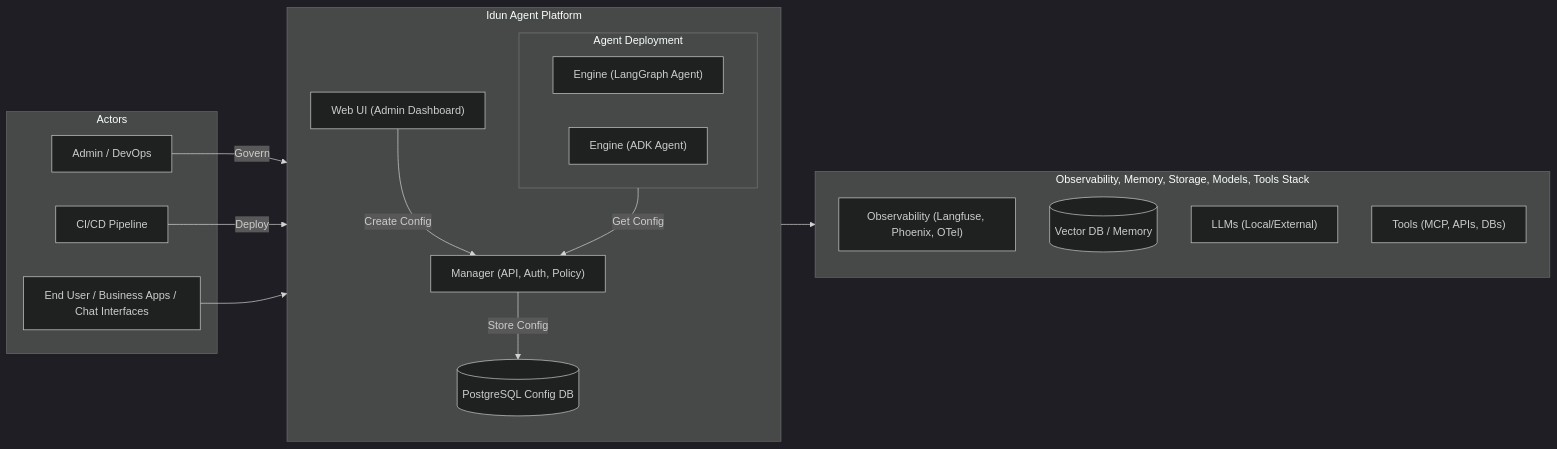
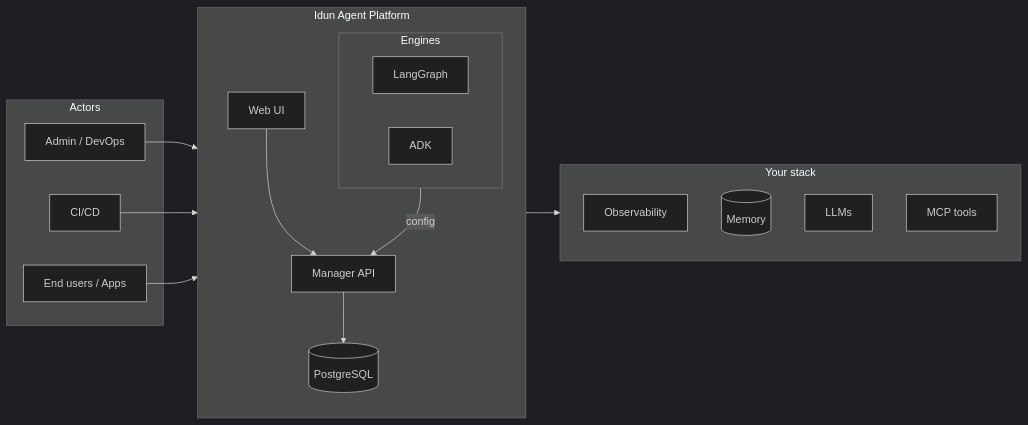
Before and after one commit to Idun-Group/idun-agent-platform: the diagram in README.md, drawn with Mermaid (dark theme). The commit also changed other lines of this file and 19 other files, not shown here.

````diff
--- a/README.md
+++ b/README.md
@@ -218,40 +156,31 @@
 ```mermaid
 flowchart LR
-  subgraph Actors["Actors"]
-    ChatUI["End User / Business Apps / Chat Interfaces"]
+  subgraph Actors
+    Users["End users / Apps"]
     Admin["Admin / DevOps"]
-    CICD["CI/CD Pipeline"]
+    CICD["CI/CD"]
   end
 
-  subgraph Idun_Platform["Idun Agent Platform"]
+  subgraph Platform["Idun Agent Platform"]
     direction TB
-    UI["Web UI (Admin Dashboard)"]
-    MGR["Manager (API, Auth, Policy)"]
-
-    subgraph Agents["Agent Deployment"]
-      ENG1["Engine (LangGraph Agent)"]
-      ENG2["Engine (ADK Agent)"]
+    UI["Web UI"]
+    MGR["Manager API"]
+    subgraph Engines["Engines"]
+      ENG1["LangGraph"]
+      ENG2["ADK"]
     end
-
-    CFGDB[(PostgreSQL Config DB)]
+    DB[(PostgreSQL)]
   end
 
-  subgraph Stack["Observability, Memory, Storage, Models, Tools Stack"]
-    OBS["Observability (Langfuse, Phoenix, OTel)"]
-    VDB[(Vector DB / Memory)]
-    LLM["LLMs (Local/External)"]
-    TOOLS["Tools (MCP, APIs, DBs)"]
+  subgraph Infra["Your stack"]
+    OBS["Observability"]
+    MEM[(Memory)]
+    LLM["LLMs"]
+    TOOLS["MCP tools"]
   end
 
-  Admin -- "Govern" --> UI
-  UI -- "Create Config" --> MGR
-  MGR -- "Store Config" --> CFGDB
-
-  Agents -- "Get Config" --> MGR
-
-  CICD -- "Deploy" --> Agents
-
-  ChatUI --> Agents
-
-  Agents --> Stack
+  Admin --> UI --> MGR --> DB
+  Engines -- "config" --> MGR
+  CICD --> Engines
+  Users --> Engines --> Infra
 ```
````
